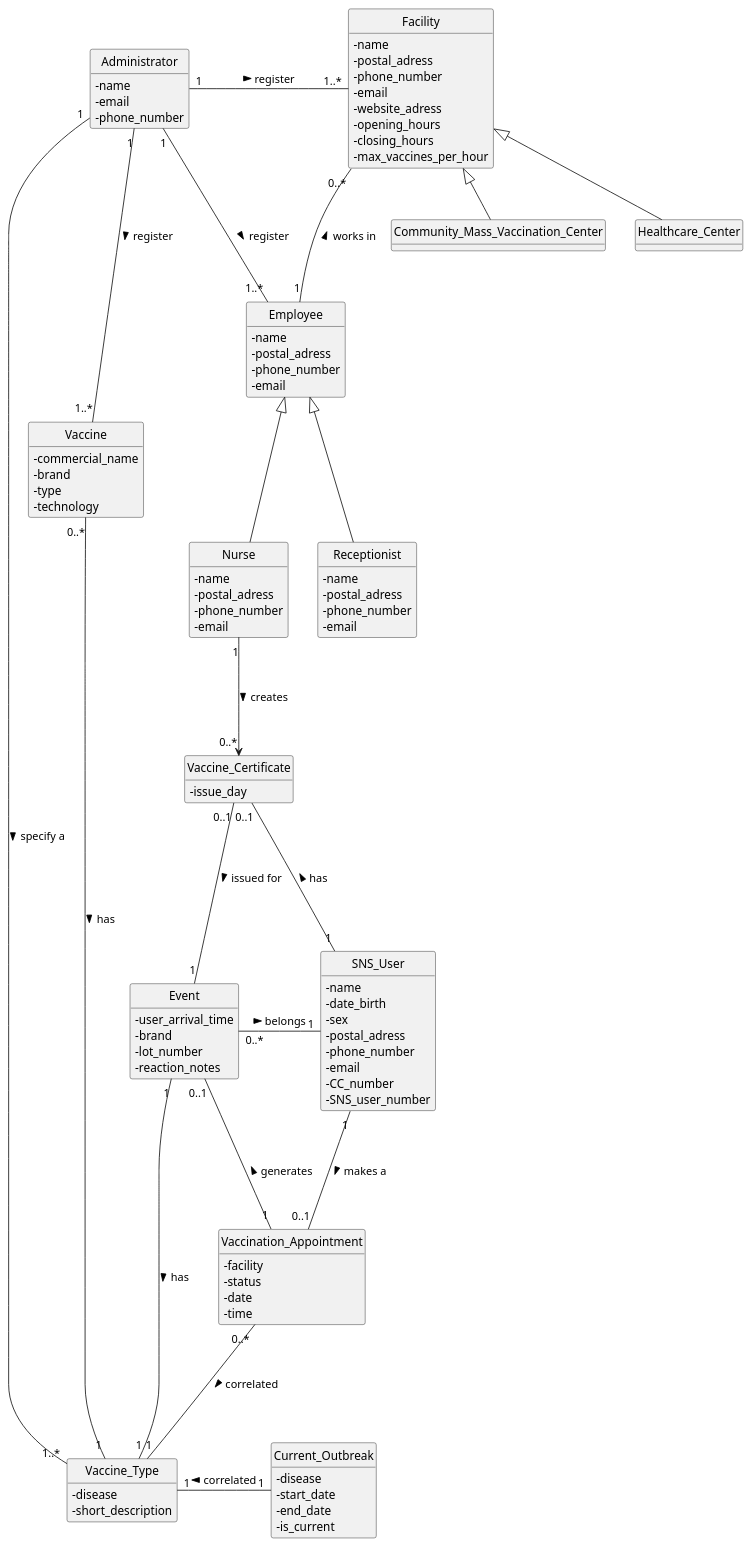
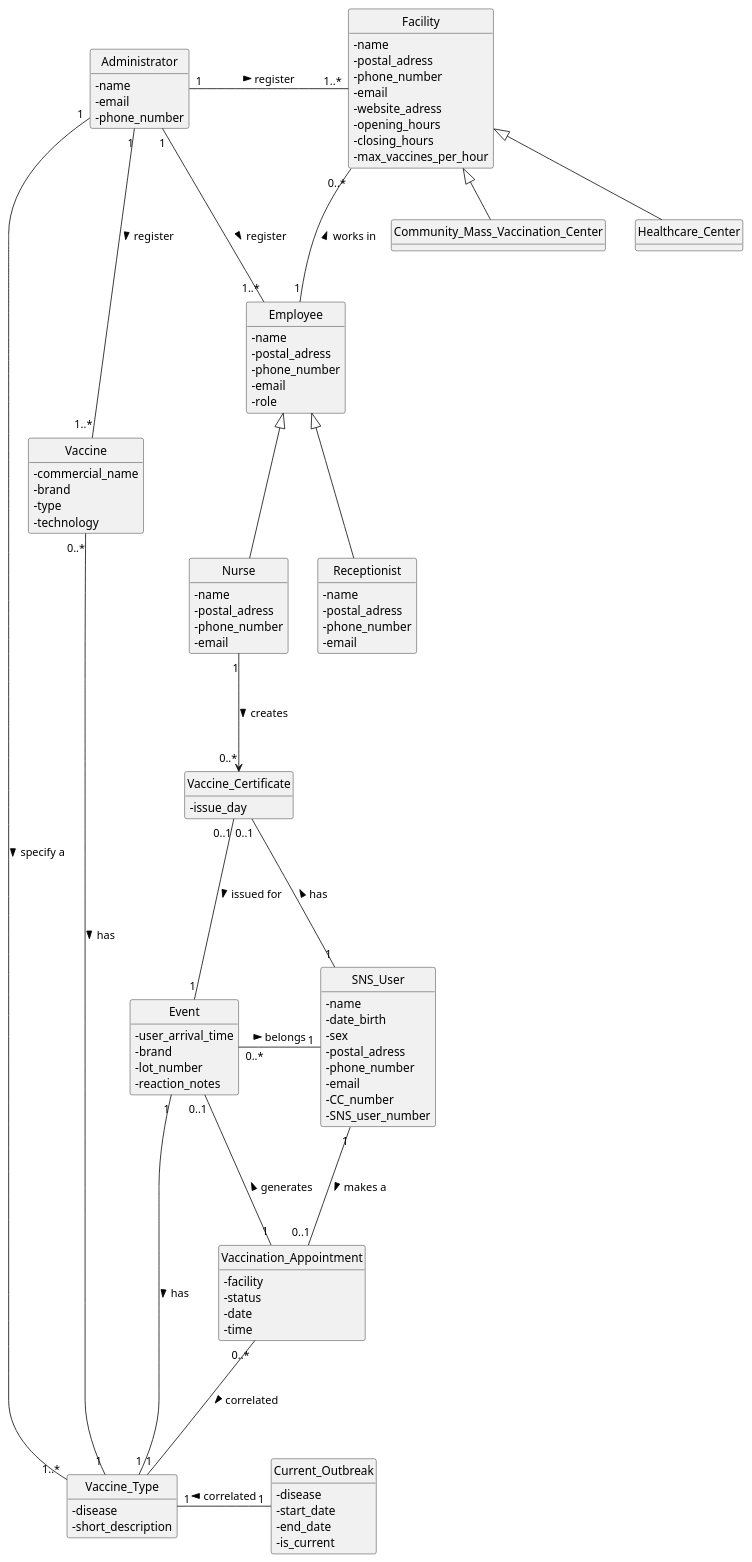
Before and after one commit to Parafita123/leti-esoft-25-26-B1: the diagram in docs/Sprint2/system-documentation/global-artifacts/puml/DM.puml, drawn with PlantUML. The commit also changed 8 other files, not shown here.

```diff
--- a/docs/Sprint2/system-documentation/global-artifacts/puml/DM.puml
+++ b/docs/Sprint2/system-documentation/global-artifacts/puml/DM.puml
@@ -1,145 +1,146 @@
 @startuml
 'https://plantuml.com/class-diagram
 skinparam classAttributeIconSize 0
 hide circle
 hide methods
 
 
 
 class Vaccine {
     - commercial_name
     - brand
     - type
     - technology
 }
 
 class Vaccine_Type {
     - disease
     - short_description
 }
 
 class Facility {
     - name
     - postal_adress
     - phone_number
     - email
     - website_adress
     - opening_hours
     - closing_hours
     - max_vaccines_per_hour
 }
 
 class Employee {
     - name
     - postal_adress
     - phone_number
     - email
+    - role
 }
 
 
 class SNS_User {
     - name
     - date_birth
     - sex
     - postal_adress
     - phone_number
     - email
     - CC_number
     - SNS_user_number
 }
 
 
 
 class Vaccination_Appointment {
     - facility
     - status
     - date
     - time
 }
 
 class Current_Outbreak {
     - disease
     - start_date
     - end_date
     - is_current
 }
 
 class Community_Mass_Vaccination_Center {
 }
 
 class Healthcare_Center {
 }
 
 class Nurse {
     - name
     - postal_adress
     - phone_number
     - email
 }
 
 class Receptionist {
     - name
     - postal_adress
     - phone_number
     - email
 }
 
 class Event {
     - user_arrival_time
     - brand
     - lot_number
     - reaction_notes
 }
 
 class Administrator {
     - name
     - email
     - phone_number
 }
 
 class Vaccine_Certificate {
     - issue_day
 }
 
 Employee <|-- Nurse
 Employee <|-- Receptionist
 
 Facility <|-- Community_Mass_Vaccination_Center
 Facility <|-- Healthcare_Center
 
 Employee "1" -up-- "0..*" Facility : works in >
 
 Administrator "1" -right-- "1..*" Employee: register >
 
 Administrator "1" -down-- "1..*" Vaccine: register >
 
 Administrator "1" -right-- "1..*" Facility: register >
 
 Administrator "1" -down-- "1..*" Vaccine_Type: specify a >
 
 SNS_User "1" -down-- "0..1" Vaccination_Appointment: makes a >
 
 
 
 Current_Outbreak "1" -left-- "1" Vaccine_Type: correlated >
 
 Vaccine "0..*" -right-- "1" Vaccine_Type: has >
 
 Nurse "1" -down--> "0..*" Vaccine_Certificate: creates >
 
 Vaccine_Certificate "0..1" -down-- "1" Event: issued for >
 
 Vaccination_Appointment "0..*" -down-- "1" Vaccine_Type: correlated >
 
 Vaccination_Appointment "1" -up-- "0..1" Event: generates >
 
 Event "0..*" -right-- "1" SNS_User: belongs >
 
 Event "1" -down-- "1" Vaccine_Type:has >
 
 SNS_User "1"  -left-- "0..1" Vaccine_Certificate: has >
 
 
 
 
 @enduml
```
